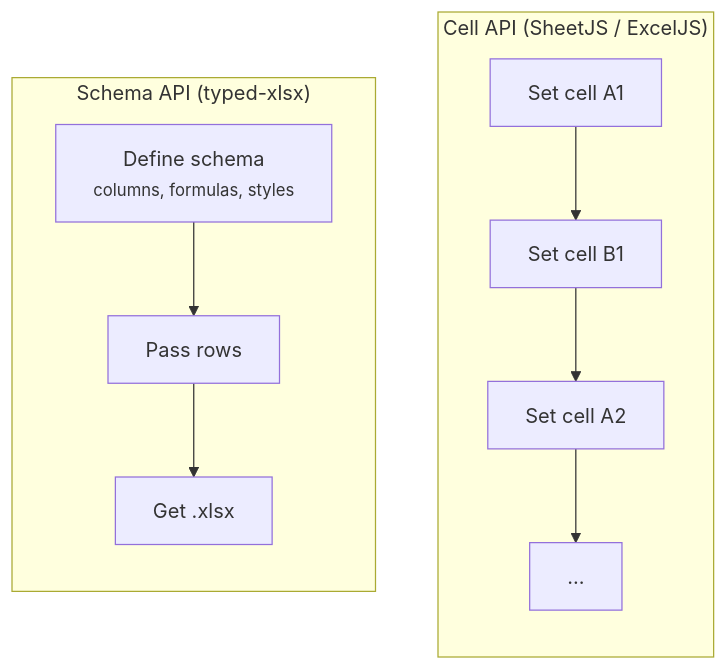
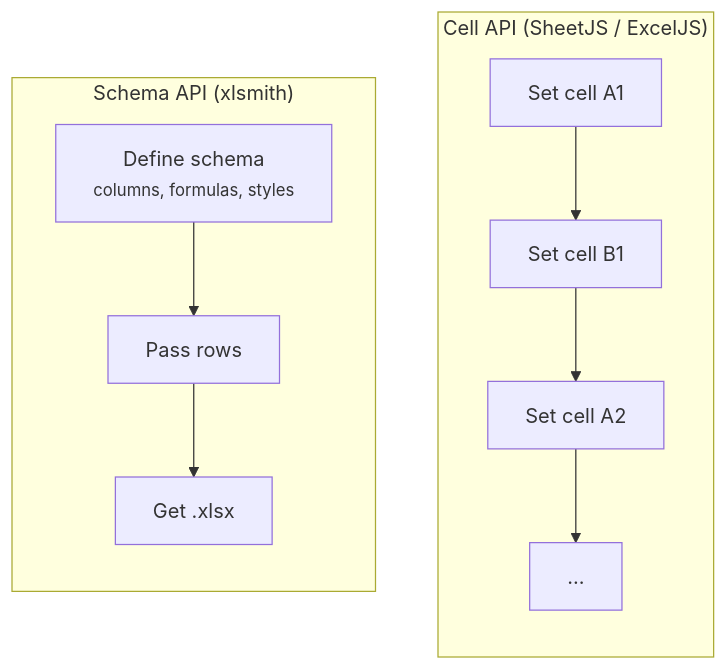
Before and after one commit to ChronicStone/typed-xlsx: the diagram in apps/docs/content/01.getting-started/4.comparison.md, drawn with Mermaid. The commit also changed other lines of this file and 107 other files, not shown here.

````diff
--- a/apps/docs/content/01.getting-started/4.comparison.md
+++ b/apps/docs/content/01.getting-started/4.comparison.md
@@ -37,15 +37,15 @@
 ```mermaid
 flowchart TB
   subgraph cell["Cell API (SheetJS / ExcelJS)"]
     direction TB
     C1["Set cell A1"] --> C2["Set cell B1"] --> C3["Set cell A2"] --> C4["..."]
   end
 
-  subgraph schema["Schema API (typed-xlsx)"]
+  subgraph schema["Schema API (xlsmith)"]
     direction TB
     S1["Define schema<br/><small>columns, formulas, styles</small>"]
     S2["Pass rows"]
     S3["Get .xlsx"]
     S1 --> S2 --> S3
   end
 ```
````
